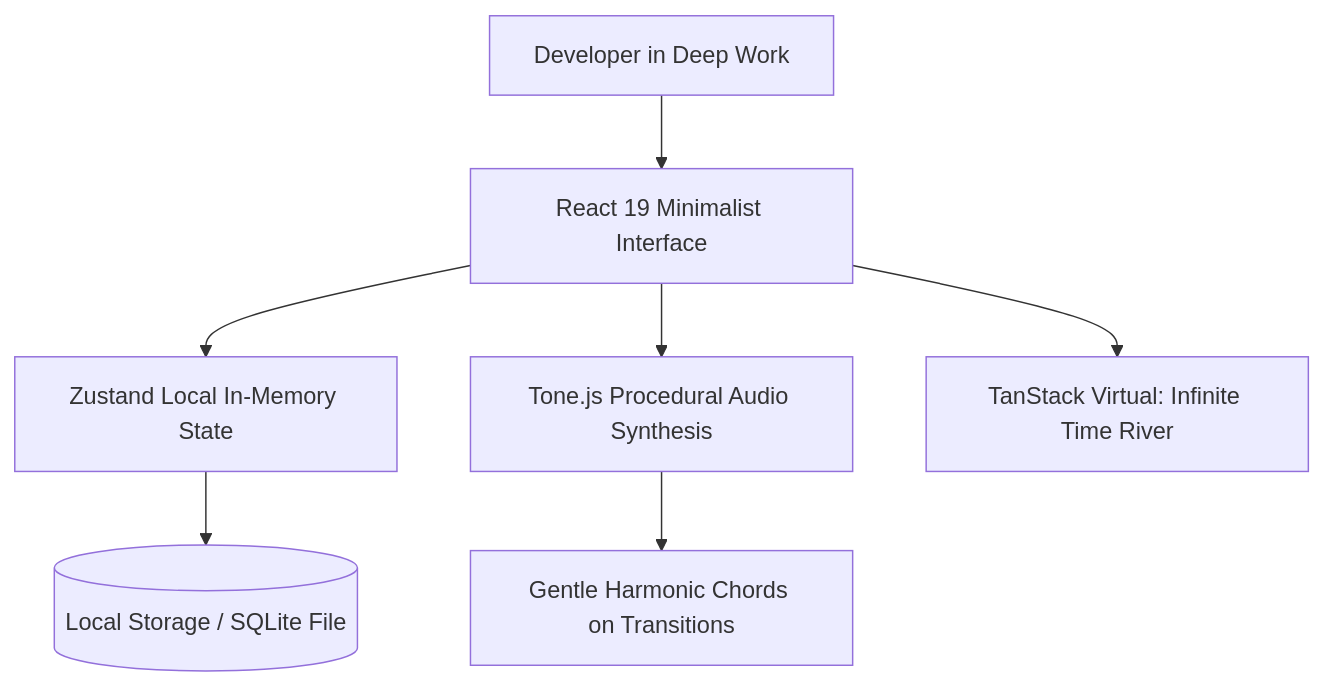
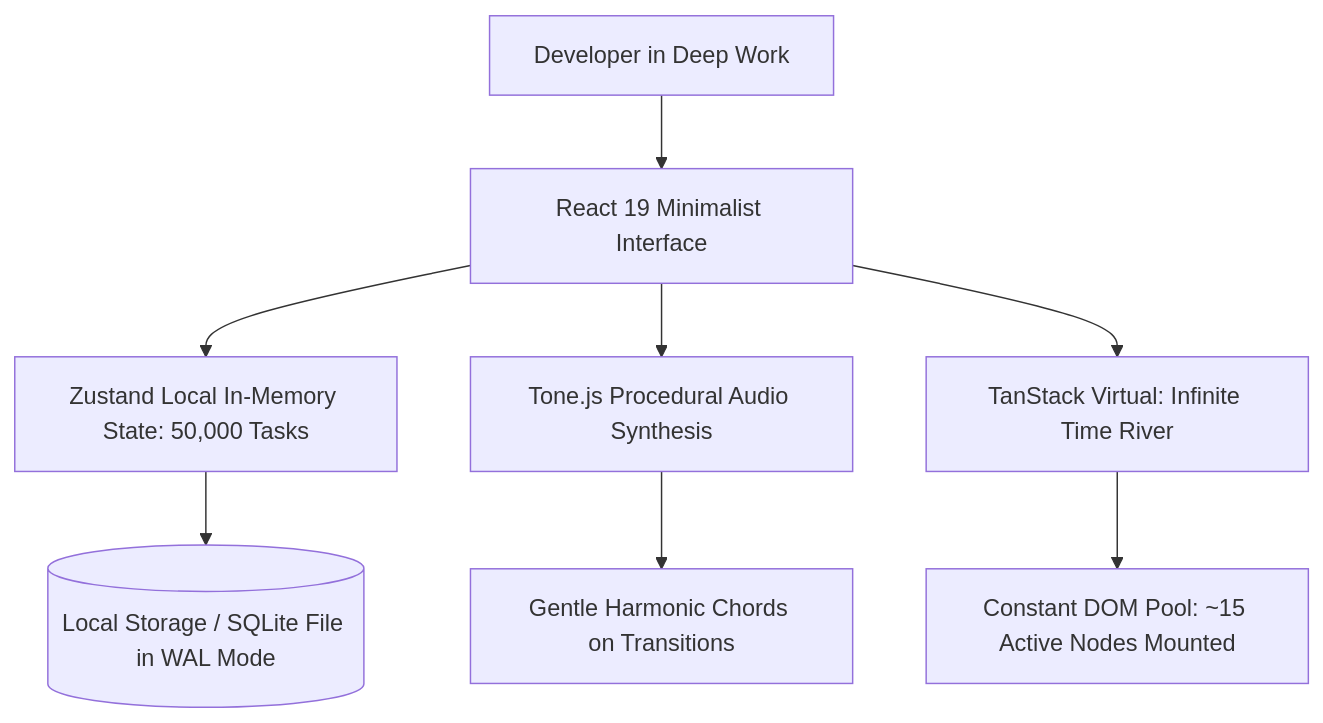
Before and after one commit to MasterZ1311/Dev-AURA: the diagram in docs/project-case-studies/native-desktop-and-systems/aura-3-mindful-productivity.md, drawn with Mermaid. The commit also changed other lines of this file and 48 other files, not shown here.

````diff
--- a/docs/project-case-studies/native-desktop-and-systems/aura-3-mindful-productivity.md
+++ b/docs/project-case-studies/native-desktop-and-systems/aura-3-mindful-productivity.md
@@ -32,9 +36,10 @@
 ```mermaid
 graph TD
     User[Developer in Deep Work] --> UI[React 19 Minimalist Interface]
-    UI --> Store[Zustand Local In-Memory State]
-    Store --> Disk[(Local Storage / SQLite File)]
+    UI --> Store[Zustand Local In-Memory State: 50,000 Tasks]
+    Store --> Disk[(Local Storage / SQLite File in WAL Mode)]
     UI --> ToneEngine[Tone.js Procedural Audio Synthesis]
     ToneEngine --> AudioCues[Gentle Harmonic Chords on Transitions]
     UI --> VirtList[TanStack Virtual: Infinite Time River]
+    VirtList --> DOMPool[Constant DOM Pool: ~15 Active Nodes Mounted]
 ```
````
